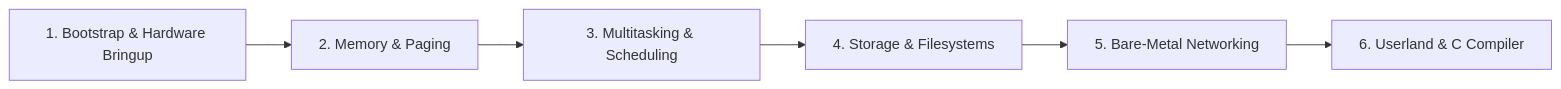
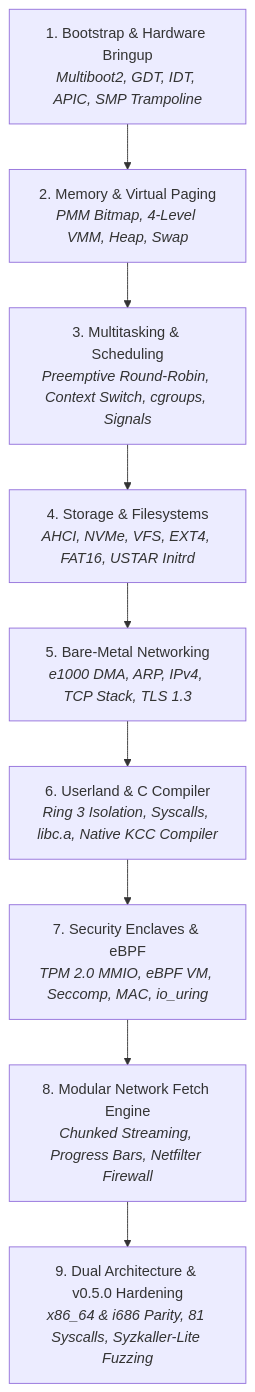
One commit to mrvlous/keira changed the diagram in docs/journey/README.md. Above: the diagram before and after it, drawn with Mermaid. The commit also changed other lines of this file and 1 other file, not shown here.

Commit message:
docs(journey): restructure 9-milestone architecture timeline and sync documentation map

````diff
--- a/docs/journey/README.md
+++ b/docs/journey/README.md
@@ -11,8 +11,11 @@
 ```mermaid
-graph LR
-    M1["1. Bootstrap & Hardware Bringup"] --> M2["2. Memory & Paging"]
-    M2 --> M3["3. Multitasking & Scheduling"]
-    M3 --> M4["4. Storage & Filesystems"]
-    M4 --> M5["5. Bare-Metal Networking"]
-    M5 --> M6["6. Userland & C Compiler"]
+graph TD
+    M1["1. Bootstrap & Hardware Bringup<br/><i>Multiboot2, GDT, IDT, APIC, SMP Trampoline</i>"] --> M2["2. Memory & Virtual Paging<br/><i>PMM Bitmap, 4-Level VMM, Heap, Swap</i>"]
+    M2 --> M3["3. Multitasking & Scheduling<br/><i>Preemptive Round-Robin, Context Switch, cgroups, Signals</i>"]
+    M3 --> M4["4. Storage & Filesystems<br/><i>AHCI, NVMe, VFS, EXT4, FAT16, USTAR Initrd</i>"]
+    M4 --> M5["5. Bare-Metal Networking<br/><i>e1000 DMA, ARP, IPv4, TCP Stack, TLS 1.3</i>"]
+    M5 --> M6["6. Userland & C Compiler<br/><i>Ring 3 Isolation, Syscalls, libc.a, Native KCC Compiler</i>"]
+    M6 --> M7["7. Security Enclaves & eBPF<br/><i>TPM 2.0 MMIO, eBPF VM, Seccomp, MAC, io_uring</i>"]
+    M7 --> M8["8. Modular Network Fetch Engine<br/><i>Chunked Streaming, Progress Bars, Netfilter Firewall</i>"]
+    M8 --> M9["9. Dual Architecture & v0.5.0 Hardening<br/><i>x86_64 & i686 Parity, 81 Syscalls, Syzkaller-Lite Fuzzing</i>"]
 ```
````
